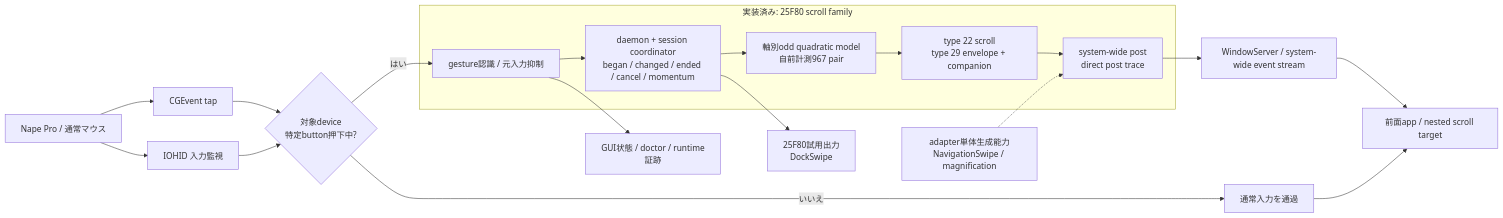
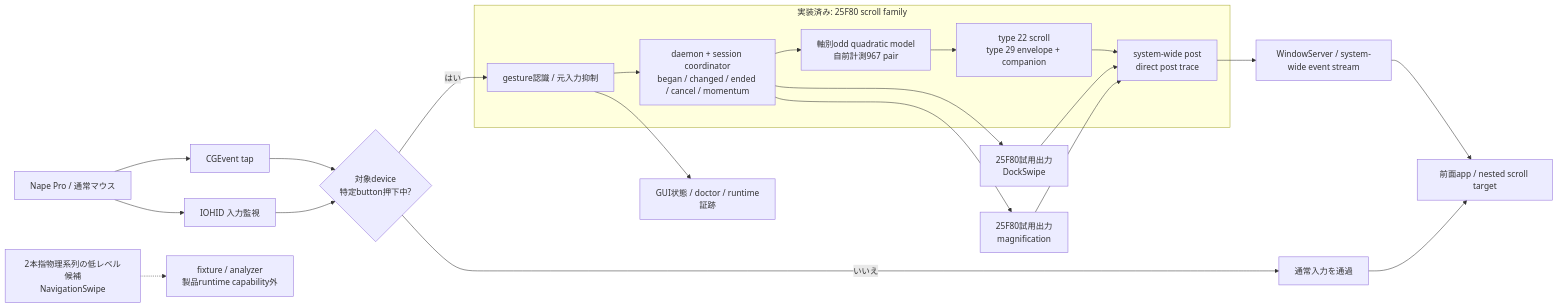
The first of 2 diagrams in README.md (char5742/nape-gesture), drawn with Mermaid before and after one commit. The commit also changed other lines of this file and 50 other files, not shown here.

````diff
--- a/README.md
+++ b/README.md
@@ -30,23 +30,26 @@
 ```mermaid
 flowchart LR
     mouse["Nape Pro / 通常マウス"] --> tap["CGEvent tap"]
     mouse --> hid["IOHID 入力監視"]
     tap --> gate{"対象device<br/>特定button押下中?"}
     hid --> gate
     gate -->|いいえ| pass["通常入力を通過"]
     gate -->|はい| recognize["gesture認識 / 元入力抑制"]
 
     subgraph scroll["実装済み: 25F80 scroll family"]
         recognize --> session["daemon + session coordinator<br/>began / changed / ended / cancel / momentum"]
         session --> model["軸別odd quadratic model<br/>自前計測967 pair"]
         model --> batch["type 22 scroll<br/>type 29 envelope + companion"]
         batch --> post["system-wide post<br/>direct post trace"]
     end
 
     post --> stream["WindowServer / system-wide event stream"]
     stream --> app["前面app / nested scroll target"]
     pass --> app
     session --> dock["25F80試用出力<br/>DockSwipe"]
-    contract["adapter単体生成能力<br/>NavigationSwipe / magnification"] -.-> post
+    session --> magnification["25F80試用出力<br/>magnification"]
+    dock --> post
+    magnification --> post
+    candidate["2本指物理系列の低レベル候補<br/>NavigationSwipe"] -.-> evidence["fixture / analyzer<br/>製品runtime capability外"]
     recognize --> status["GUI状態 / doctor / runtime証跡"]
 ```
````
